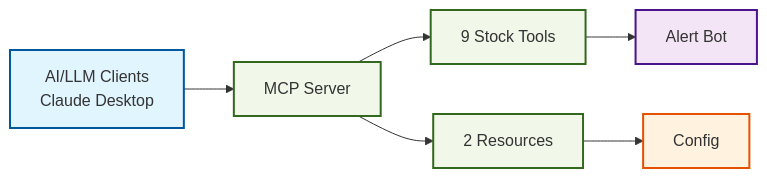
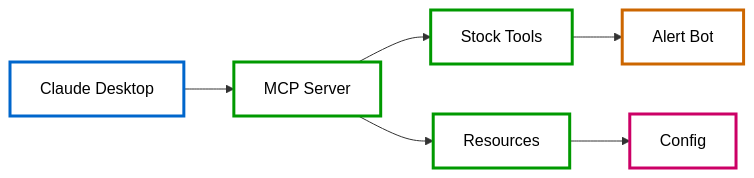
Before and after one commit to wuchris-ch/Finance-API-Alert-System: the second of 3 diagrams in README.md, drawn with Mermaid. The commit also changed other lines of this file, not shown here.

First line of the commit message:
🎨 Improve mermaid diagram text readability

````diff
--- a/README.md
+++ b/README.md
@@ -69,18 +69,18 @@
 ```mermaid
 graph LR
-    AI[AI/LLM Clients<br/>Claude Desktop] --> MCP[MCP Server]
-    MCP --> TOOLS[9 Stock Tools]
-    MCP --> RES[2 Resources]
+    AI[Claude Desktop] --> MCP[MCP Server]
+    MCP --> TOOLS[Stock Tools]
+    MCP --> RES[Resources]
     TOOLS --> AB[Alert Bot]
     RES --> CFG[Config]
     
-    classDef ai fill:#e1f5fe,stroke:#01579b,stroke-width:2px
-    classDef mcp fill:#f1f8e9,stroke:#33691e,stroke-width:2px
-    classDef core fill:#f3e5f5,stroke:#4a148c,stroke-width:2px
-    classDef config fill:#fff3e0,stroke:#e65100,stroke-width:2px
+    classDef ai fill:#ffffff,stroke:#0066cc,stroke-width:3px,color:#000000
+    classDef mcp fill:#ffffff,stroke:#009900,stroke-width:3px,color:#000000
+    classDef core fill:#ffffff,stroke:#cc6600,stroke-width:3px,color:#000000
+    classDef config fill:#ffffff,stroke:#cc0066,stroke-width:3px,color:#000000
     
     class AI ai
     class MCP,TOOLS,RES mcp
     class AB core
     class CFG config
 ```
````
